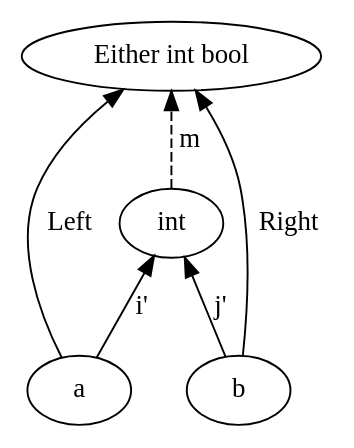
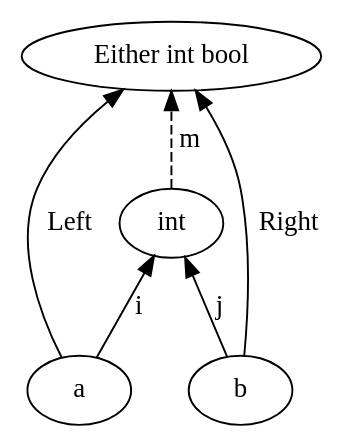
One commit to awalterschulze/category-theory-for-programmers-challenges changed the seventh of 8 diagrams in 105-Products-and-Coproducts.md. Above: the diagram before and after it, drawn with Graphviz. The commit also changed 1 other file, not shown here.

Commit message:
smallfix

````diff
--- a/105-Products-and-Coproducts.md
+++ b/105-Products-and-Coproducts.md
@@ -325,13 +325,13 @@
 ```dot
 digraph G {
   "c'" [label="int"]
   c [label="Either int bool"]
   "c'" -> c [label=" m", style="dashed"]
-  a -> "c'" [label=" i'"]
-  b -> "c'" [label=" j'"]
+  a -> "c'" [label=" i"]
+  b -> "c'" [label=" j"]
   a -> c [label=" Left"]
   b -> c [label=" Right"]
   { rank = min; c }
   { rank = max; a; b }
 }
 ```
````
